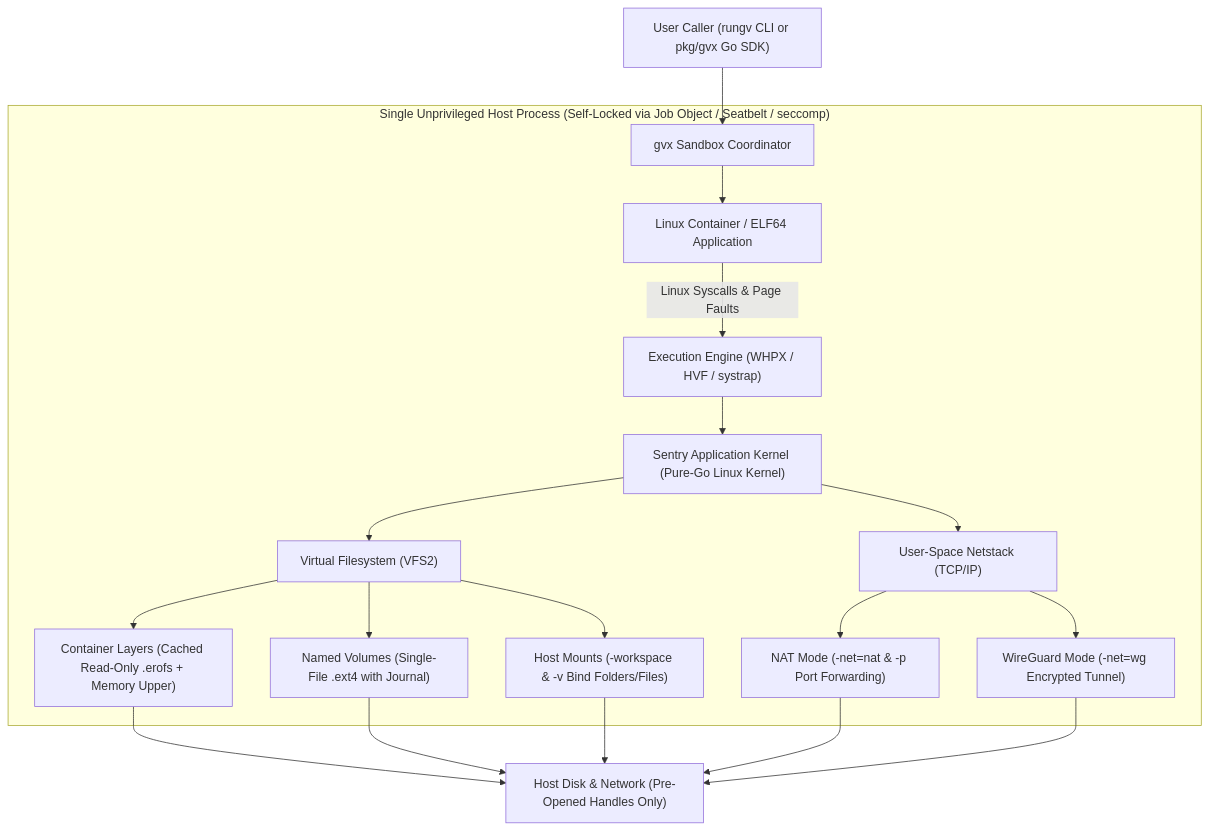
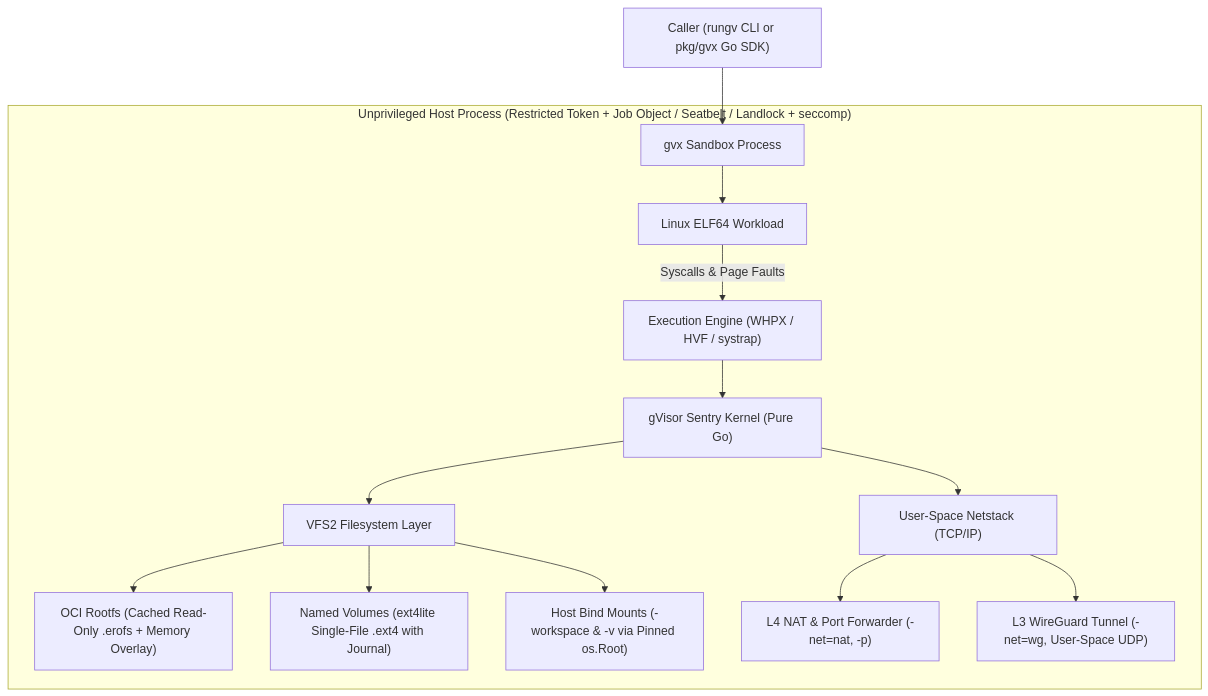
The diagram in README.md (gfire-sigs/gvx), drawn with Mermaid before and after one commit. The commit also changed other lines of this file and 29 other files, not shown here.

````diff
--- a/README.md
+++ b/README.md
@@ -26,26 +56,20 @@
 ```mermaid
 flowchart TD
-    Caller["User Caller (rungv CLI or pkg/gvx Go SDK)"] --> Sandbox["gvx Sandbox Coordinator"]
+    Caller["Caller (rungv CLI or pkg/gvx Go SDK)"] --> Sandbox["gvx Sandbox Process"]
 
-    subgraph HostProcess["Single Unprivileged Host Process (Self-Locked via Job Object / Seatbelt / seccomp)"]
-        Sandbox --> Guest["Linux Container / ELF64 Application"]
-        Guest -->|"Linux Syscalls & Page Faults"| Engine["Execution Engine (WHPX / HVF / systrap)"]
-        Engine --> Sentry["Sentry Application Kernel (Pure-Go Linux Kernel)"]
+    subgraph HostProcess["Unprivileged Host Process (Restricted Token + Job Object / Seatbelt / Landlock + seccomp)"]
+        Sandbox --> Guest["Linux ELF64 Workload"]
+        Guest -->|"Syscalls & Page Faults"| Engine["Execution Engine (WHPX / HVF / systrap)"]
+        Engine --> Sentry["gVisor Sentry Kernel (Pure Go)"]
 
-        Sentry --> VFS["Virtual Filesystem (VFS2)"]
+        Sentry --> VFS["VFS2 Filesystem Layer"]
         Sentry --> Net["User-Space Netstack (TCP/IP)"]
 
-        VFS --> EROFS["Container Layers (Cached Read-Only .erofs + Memory Upper)"]
-        VFS --> Ext4["Named Volumes (Single-File .ext4 with Journal)"]
-        VFS --> HostFS["Host Mounts (-workspace & -v Bind Folders/Files)"]
+        VFS --> EROFS["OCI Rootfs (Cached Read-Only .erofs + Memory Overlay)"]
+        VFS --> Ext4["Named Volumes (ext4lite Single-File .ext4 with Journal)"]
+        VFS --> HostFS["Host Bind Mounts (-workspace & -v via Pinned os.Root)"]
 
-        Net --> NAT["NAT Mode (-net=nat & -p Port Forwarding)"]
-        Net --> WG["WireGuard Mode (-net=wg Encrypted Tunnel)"]
+        Net --> NAT["L4 NAT & Port Forwarder (-net=nat, -p)"]
+        Net --> WG["L3 WireGuard Tunnel (-net=wg, User-Space UDP)"]
     end
-
-    EROFS --> HostDisk["Host Disk & Network (Pre-Opened Handles Only)"]
-    Ext4 --> HostDisk
-    HostFS --> HostDisk
-    NAT --> HostDisk
-    WG --> HostDisk
 ```
````
